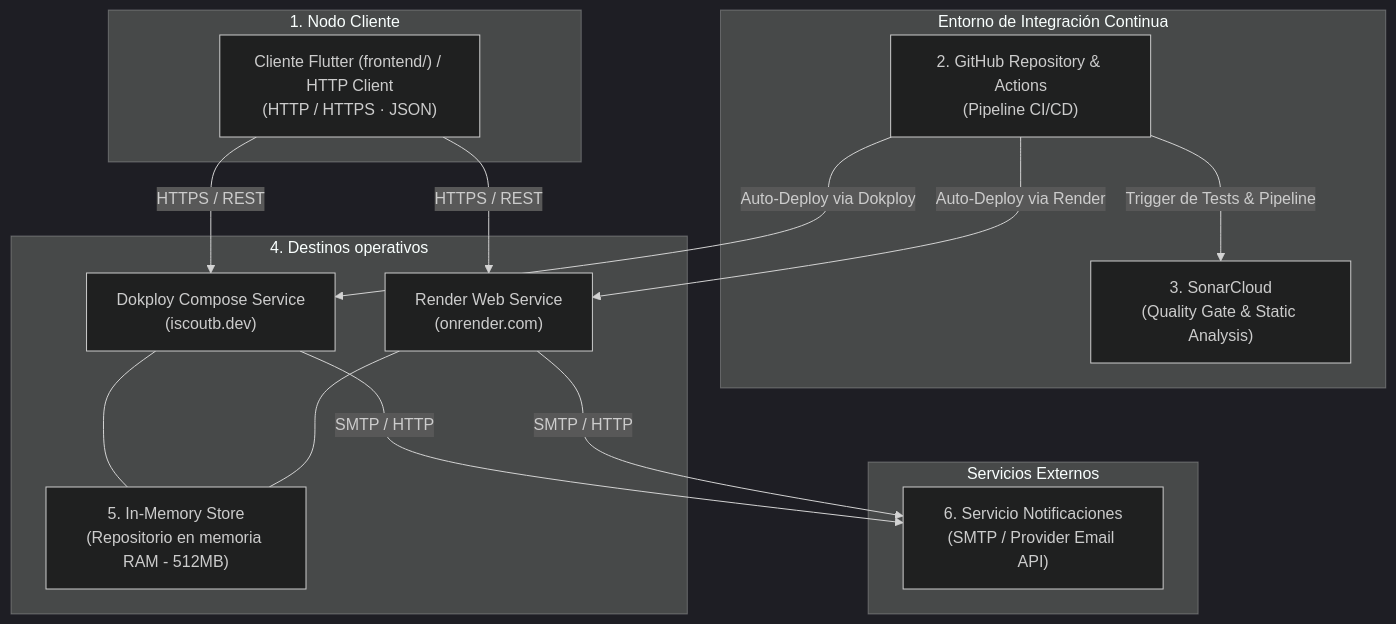
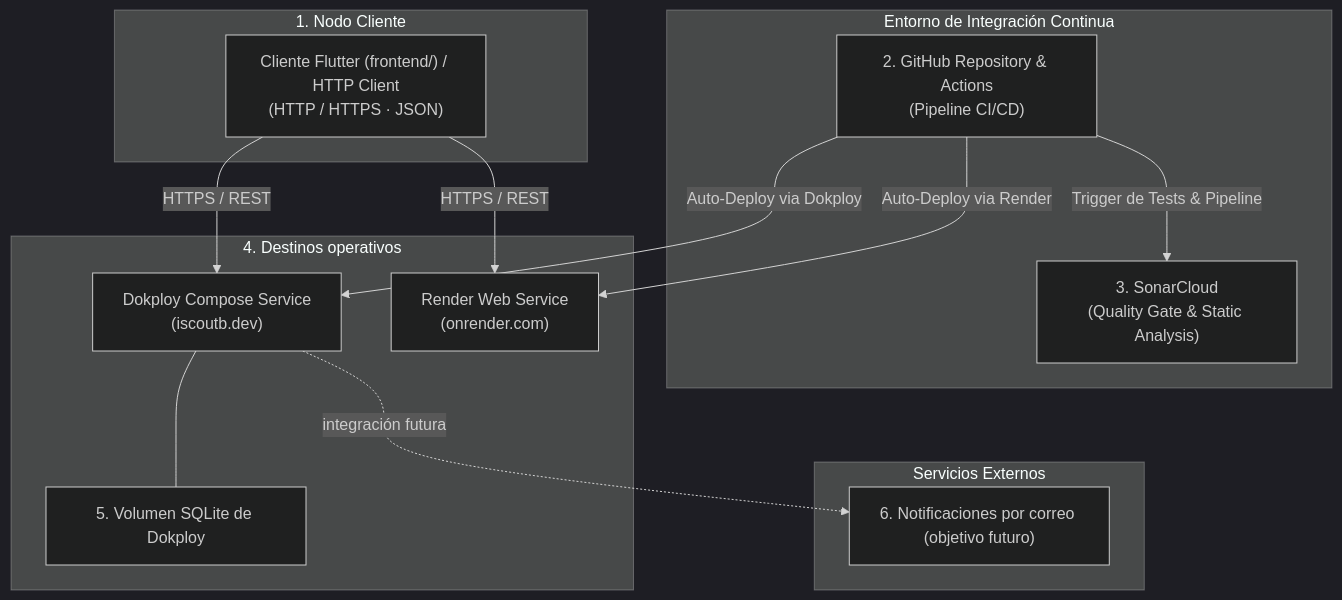
Before and after one commit to ISCOUTB/AS_202620_InvenTrack: the fifth of 7 diagrams in docs/arc42/arc42-template-EN.md, drawn with Mermaid (dark theme). The commit also changed other lines of this file and 28 other files, not shown here.

````diff
--- a/docs/arc42/arc42-template-EN.md
+++ b/docs/arc42/arc42-template-EN.md
@@ -420,31 +401,29 @@
 ```mermaid
 flowchart TD
     subgraph CLIENTE["1. Nodo Cliente"]
         USER["Cliente Flutter (frontend/) / HTTP Client<br/>(HTTP / HTTPS · JSON)"]
     end
 
     subgraph CI_CD["Entorno de Integración Continua"]
         GH["2. GitHub Repository & Actions<br/>(Pipeline CI/CD)"]
         SONAR["3. SonarCloud<br/>(Quality Gate & Static Analysis)"]
     end
 
     subgraph DEPLOY["4. Destinos operativos"]
       DOKPLOY["Dokploy Compose Service<br/>(iscoutb.dev)"]
       RENDER["Render Web Service<br/>(onrender.com)"]
-      MEM["5. In-Memory Store<br/>(Repositorio en memoria RAM - 512MB)"]
+      VOL["5. Volumen SQLite de Dokploy"]
     end
 
     subgraph EXTERNAL["Servicios Externos"]
-        NOTIF["6. Servicio Notificaciones<br/>(SMTP / Provider Email API)"]
+        NOTIF["6. Notificaciones por correo (objetivo futuro)"]
     end
 
     USER -->|"HTTPS / REST"| DOKPLOY
     USER -->|"HTTPS / REST"| RENDER
     GH -->|"Trigger de Tests & Pipeline"| SONAR
     GH -->|"Auto-Deploy via Dokploy"| DOKPLOY
     GH -->|"Auto-Deploy via Render"| RENDER
-    DOKPLOY --- MEM
-    RENDER --- MEM
-    DOKPLOY -->|"SMTP / HTTP"| NOTIF
-    RENDER -->|"SMTP / HTTP"| NOTIF
+    DOKPLOY --- VOL
+    DOKPLOY -. integración futura .-> NOTIF
 ```
````
